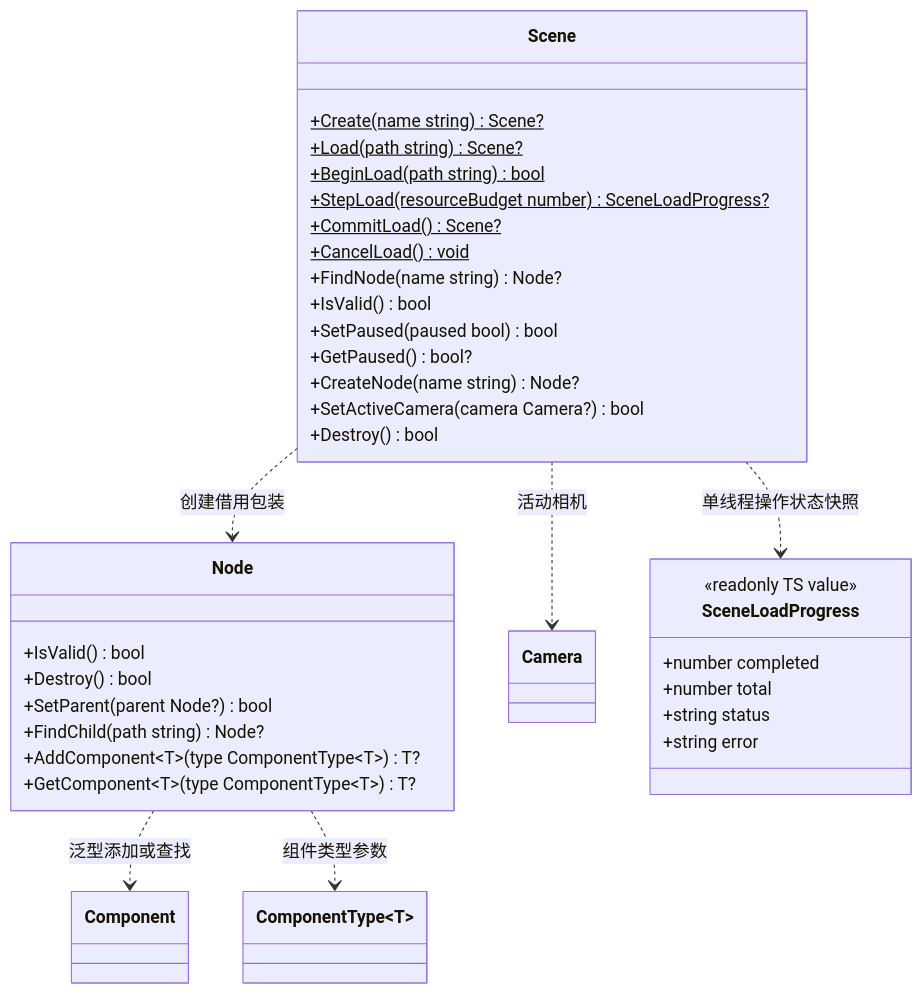
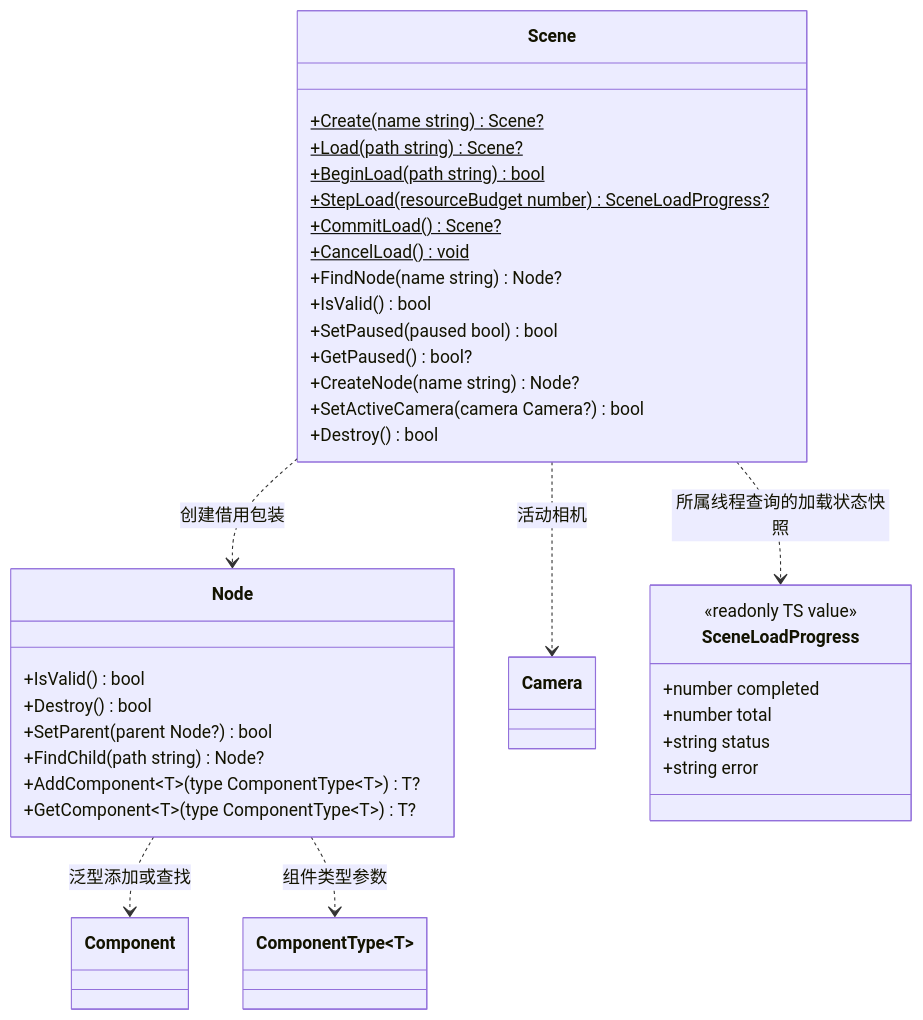
One commit to lcals/Engine changed the second of 3 diagrams in docs/runtime/class-diagrams/gameplay.md. Above: the diagram before and after it, drawn with Mermaid. The commit also changed other lines of this file and 135 other files, not shown here.

````diff
--- a/docs/runtime/class-diagrams/gameplay.md
+++ b/docs/runtime/class-diagrams/gameplay.md
@@ -47,42 +47,42 @@
 ```mermaid
 classDiagram
     direction TB
     class Scene {
         +Create(name string) Scene?$
         +Load(path string) Scene?$
         +BeginLoad(path string) bool$
         +StepLoad(resourceBudget number) SceneLoadProgress?$
         +CommitLoad() Scene?$
         +CancelLoad() void$
         +FindNode(name string) Node?
         +IsValid() bool
         +SetPaused(paused bool) bool
         +GetPaused() bool?
         +CreateNode(name string) Node?
         +SetActiveCamera(camera Camera?) bool
         +Destroy() bool
     }
     class Node {
         +IsValid() bool
         +Destroy() bool
         +SetParent(parent Node?) bool
         +FindChild(path string) Node?
         +AddComponent~T~(type ComponentType~T~) T?
         +GetComponent~T~(type ComponentType~T~) T?
     }
     class Component
     class ComponentType~T~
     class Camera
     class SceneLoadProgress {
         <<readonly TS value>>
         +number completed
         +number total
         +string status
         +string error
     }
     Scene ..> Node : 创建借用包装
     Scene ..> Camera : 活动相机
-    Scene ..> SceneLoadProgress : 单线程操作状态快照
+    Scene ..> SceneLoadProgress : 所属线程查询的加载状态快照
     Node ..> Component : 泛型添加或查找
     Node ..> ComponentType : 组件类型参数
 ```
````
